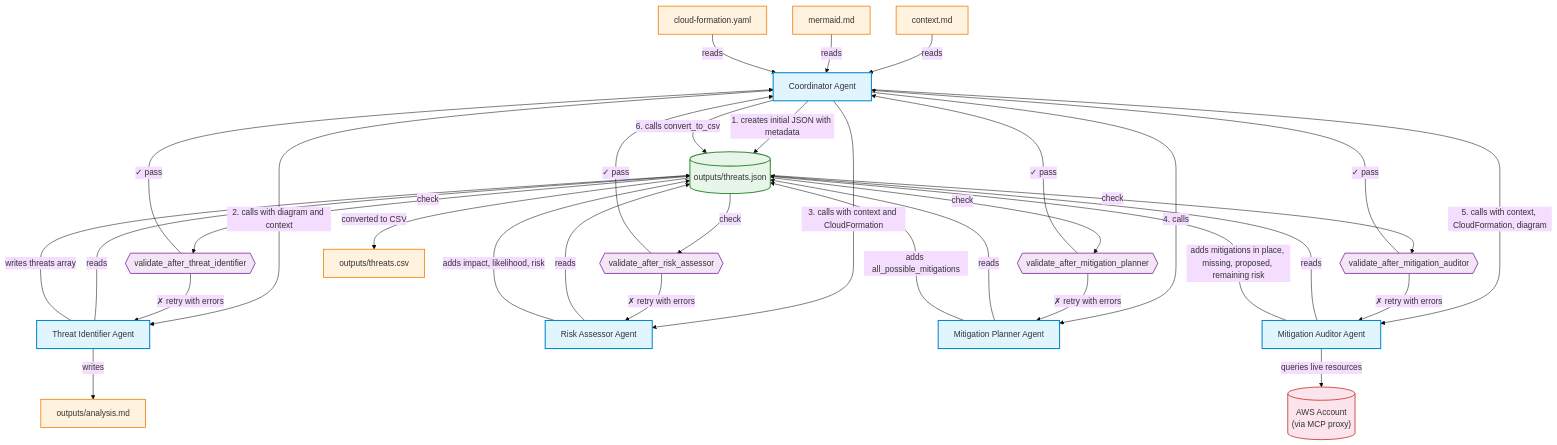
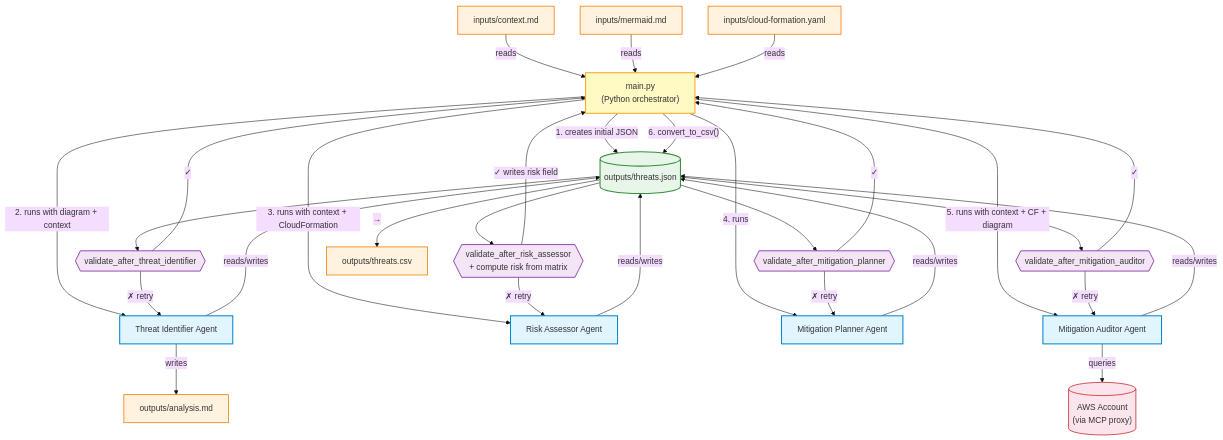
Before and after one commit to StaniaKF/threat-modelling-agentic-worklfow: the diagram in 4_without_coordinator/workflow_diagram.md, drawn with Mermaid (base theme). The commit also changed other lines of this file and 20 other files, not shown here.

Commit message:
chore: crate main flow using python code rather than coordinator LLM

````diff
--- a/4_without_coordinator/workflow_diagram.md
+++ b/4_without_coordinator/workflow_diagram.md
@@ -3,15 +3,17 @@
 ```mermaid
 flowchart TD
+    %% Python orchestrator
+    script["main.py\n(Python orchestrator)"]
+
     %% Input files
-    context["context.md"]
-    mermaid["mermaid.md"]
-    cf["cloud-formation.yaml"]
+    context["inputs/context.md"]
+    mermaid["inputs/mermaid.md"]
+    cf["inputs/cloud-formation.yaml"]
 
     %% Shared data file
     threats_json[("outputs/threats.json")]
 
     %% Agents
-    coordinator["Coordinator Agent"]
     threat_id["Threat Identifier Agent"]
     risk["Risk Assessor Agent"]
     planner["Mitigation Planner Agent"]
@@ -19,7 +21,7 @@
 
     %% Validators
     v1{{"validate_after_threat_identifier"}}
-    v2{{"validate_after_risk_assessor"}}
+    v2{{"validate_after_risk_assessor\n+ compute risk from matrix"}}
     v3{{"validate_after_mitigation_planner"}}
     v4{{"validate_after_mitigation_auditor"}}
 
@@ -30,60 +32,58 @@
     %% External
     aws[("AWS Account\n(via MCP proxy)")]
 
-    %% Step 1-3: Coordinator reads input files
-    context -->|"reads"| coordinator
-    mermaid -->|"reads"| coordinator
-    cf -->|"reads"| coordinator
+    %% Script reads inputs
+    context -->|"reads"| script
+    mermaid -->|"reads"| script
+    cf -->|"reads"| script
 
-    %% Step 4: Coordinator creates initial threats.json
-    coordinator -->|"1. creates initial JSON with metadata"| threats_json
+    %% Script creates initial file
+    script -->|"1. creates initial JSON"| threats_json
 
-    %% Step 5: Threat Identifier + Validation
-    coordinator -->|"2. calls with diagram and context"| threat_id
-    threat_id -->|"reads"| threats_json
-    threat_id -->|"writes threats array"| threats_json
+    %% Step 2: Threat Identifier + Validation
+    script -->|"2. runs with diagram + context"| threat_id
+    threat_id -->|"reads/writes"| threats_json
     threat_id -->|"writes"| analysis
-    threats_json -->|"check"| v1
-    v1 -->|"✗ retry with errors"| threat_id
-    v1 -->|"✓ pass"| coordinator
+    threats_json --> v1
+    v1 -->|"✗ retry"| threat_id
+    v1 -->|"✓"| script
 
-    %% Step 6: Risk Assessor + Validation
-    coordinator -->|"3. calls with context and CloudFormation"| risk
-    risk -->|"reads"| threats_json
-    risk -->|"adds impact, likelihood, risk"| threats_json
-    threats_json -->|"check"| v2
-    v2 -->|"✗ retry with errors"| risk
-    v2 -->|"✓ pass"| coordinator
+    %% Step 3: Risk Assessor + Validation
+    script -->|"3. runs with context + CloudFormation"| risk
+    risk -->|"reads/writes"| threats_json
+    threats_json --> v2
+    v2 -->|"✗ retry"| risk
+    v2 -->|"✓ writes risk field"| script
 
-    %% Step 7: Mitigation Planner + Validation
-    coordinator -->|"4. calls"| planner
-    planner -->|"reads"| threats_json
-    planner -->|"adds all_possible_mitigations"| threats_json
-    threats_json -->|"check"| v3
-    v3 -->|"✗ retry with errors"| planner
-    v3 -->|"✓ pass"| coordinator
+    %% Step 4: Mitigation Planner + Validation
+    script -->|"4. runs"| planner
+    planner -->|"reads/writes"| threats_json
+    threats_json --> v3
+    v3 -->|"✗ retry"| planner
+    v3 -->|"✓"| script
 
-    %% Step 8: Mitigation Auditor + Validation
-    coordinator -->|"5. calls with context, CloudFormation, diagram"| auditor
-    auditor -->|"reads"| threats_json
-    auditor -->|"queries live resources"| aws
-    auditor -->|"adds mitigations in place, missing, proposed, remaining risk"| threats_json
-    threats_json -->|"check"| v4
-    v4 -->|"✗ retry with errors"| auditor
-    v4 -->|"✓ pass"| coordinator
+    %% Step 5: Mitigation Auditor + Validation
+    script -->|"5. runs with context + CF + diagram"| auditor
+    auditor -->|"reads/writes"| threats_json
+    auditor -->|"queries"| aws
+    threats_json --> v4
+    v4 -->|"✗ retry"| auditor
+    v4 -->|"✓"| script
 
-    %% Step 9: Convert to CSV
-    coordinator -->|"6. calls convert_to_csv"| threats_json
-    threats_json -->|"converted to CSV"| threats_csv
+    %% Step 6: Convert to CSV
+    script -->|"6. convert_to_csv()"| threats_json
+    threats_json -->|"→"| threats_csv
 
     %% Styling
+    classDef orchestrator fill:#fff9c4,stroke:#f9a825,stroke-width:2px
     classDef agent fill:#e1f5fe,stroke:#0288d1,stroke-width:2px
     classDef file fill:#fff3e0,stroke:#f57c00,stroke-width:1.5px
     classDef data fill:#e8f5e9,stroke:#388e3c,stroke-width:2px
     classDef external fill:#fce4ec,stroke:#c62828,stroke-width:1.5px
     classDef validator fill:#f3e5f5,stroke:#7b1fa2,stroke-width:1.5px
 
-    class coordinator,threat_id,risk,planner,auditor agent
+    class script orchestrator
+    class threat_id,risk,planner,auditor agent
     class context,mermaid,cf,analysis,threats_csv file
     class threats_json data
     class aws external
````
